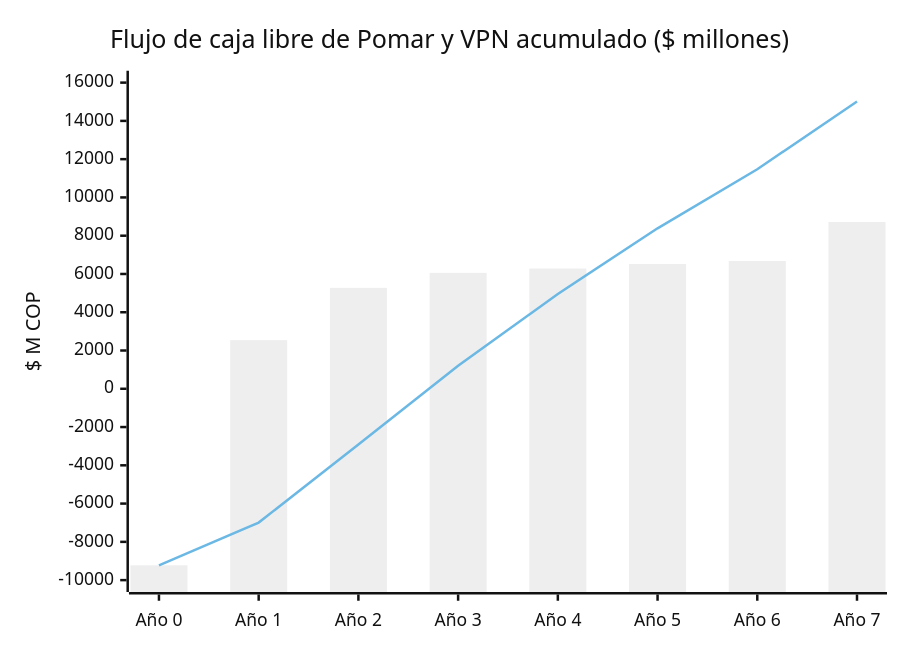
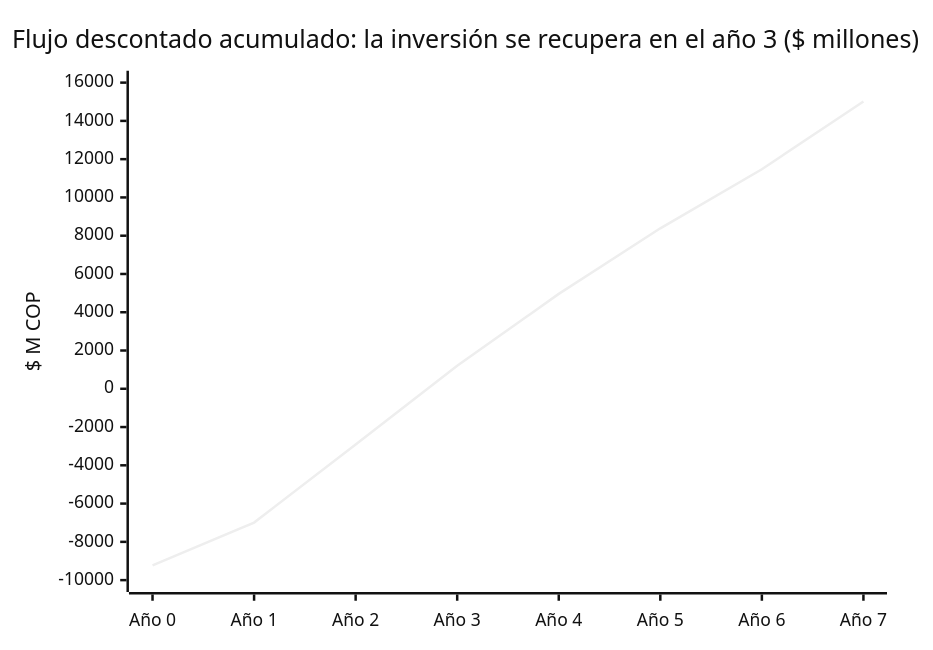
The eighth of 8 diagrams in README.md (kuajoautomation/Kuajo-Automation---APM), drawn with Mermaid (neutral theme) before and after one commit. The commit also changed other lines of this file, not shown here.

Commit message:
README: separa las gráficas del flujo de caja

````diff
--- a/README.md
+++ b/README.md
@@ -440,8 +448,7 @@
 ```mermaid
 xychart-beta
-    title "Flujo de caja libre de Pomar y VPN acumulado ($ millones)"
+    title "Flujo descontado acumulado: la inversión se recupera en el año 3 ($ millones)"
     x-axis ["Año 0", "Año 1", "Año 2", "Año 3", "Año 4", "Año 5", "Año 6", "Año 7"]
     y-axis "$ M COP" -10000 --> 16000
-    bar [-9227, 2541, 5273, 6057, 6285, 6523, 6679, 8718]
     line [-9227, -6993, -2916, 1201, 4958, 8386, 11472, 15014]
 ```
````
